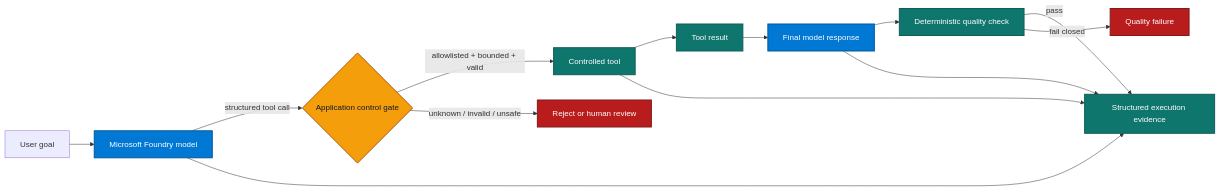
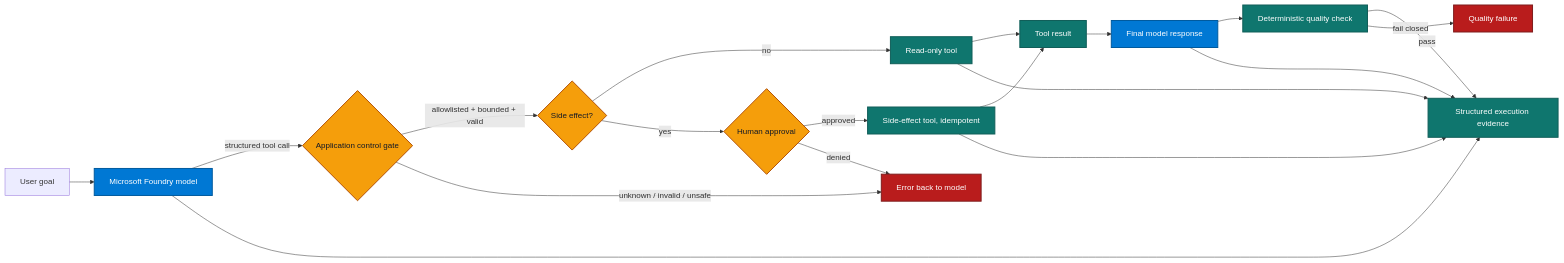
The diagram in docs/diagrams/controlled-tool-boundary.mmd (AmrElsehemy/agentic-engineering-lab), drawn with Mermaid before and after one commit. The commit also changed 3 other files, not shown here.

First line of the commit message:
docs: update article, LinkedIn post and diagram for the model-chosen, approval-gated loop

```diff
--- a/docs/diagrams/controlled-tool-boundary.mmd
+++ b/docs/diagrams/controlled-tool-boundary.mmd
@@ -1,22 +1,30 @@
 flowchart LR
     U[User goal] --> M[Microsoft Foundry model]
     M -->|structured tool call| G{Application control gate}
-    G -->|allowlisted + bounded + valid| T[Controlled tool]
-    G -->|unknown / invalid / unsafe| R[Reject or human review]
+    G -->|allowlisted + bounded + valid| A{Side effect?}
+    G -->|unknown / invalid / unsafe| R[Error back to model]
+    A -->|no| T[Read-only tool]
+    A -->|yes| P{Human approval}
+    P -->|approved| T2[Side-effect tool, idempotent]
+    P -->|denied| R
+    T2 --> H
     T --> H[Tool result]
     H --> M2[Final model response]
     M2 --> Q[Deterministic quality check]
     Q -->|pass| O[Structured execution evidence]
     Q -->|fail closed| F[Quality failure]
     M --> O
     T --> O
+    T2 --> O
     M2 --> O
 
     classDef model fill:#0078D4,color:#fff,stroke:#005A9E,stroke-width:2px;
     classDef gate fill:#F59E0B,color:#111827,stroke:#B45309,stroke-width:2px;
     classDef safe fill:#0F766E,color:#fff,stroke:#115E59,stroke-width:2px;
     classDef fail fill:#B91C1C,color:#fff,stroke:#7F1D1D,stroke-width:2px;
     class M,M2 model;
     class G gate;
-    class T,H,Q,O safe;
+    class T,T2,H,Q,O safe;
+    class P gate;
+    class A gate;
     class R,F fail;
```
